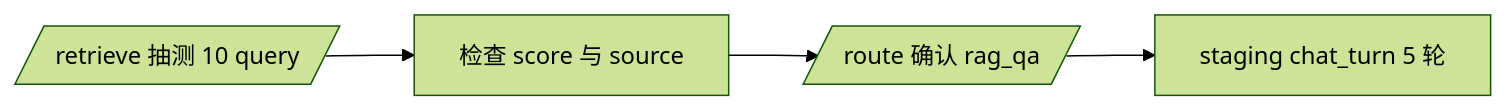
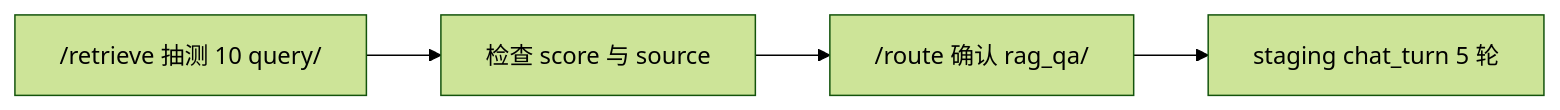
The diagram in course/day19/14_企业案例集_RAG检索.md (ab6539763/70_days_course_plus), drawn with Mermaid (forest theme) before and after one commit. The commit also changed 134 other files, not shown here.

````diff
--- a/course/day19/14_企业案例集_RAG检索.md
+++ b/course/day19/14_企业案例集_RAG检索.md
@@ -79,6 +79,6 @@
 ```mermaid
 flowchart LR
-    A[/retrieve 抽测 10 query/] --> B[检查 score 与 source]
-    B --> C[/route 确认 rag_qa/]
+    A["/retrieve 抽测 10 query/"] --> B[检查 score 与 source]
+    B --> C["/route 确认 rag_qa/"]
     C --> D[staging chat_turn 5 轮]
 ```
````
